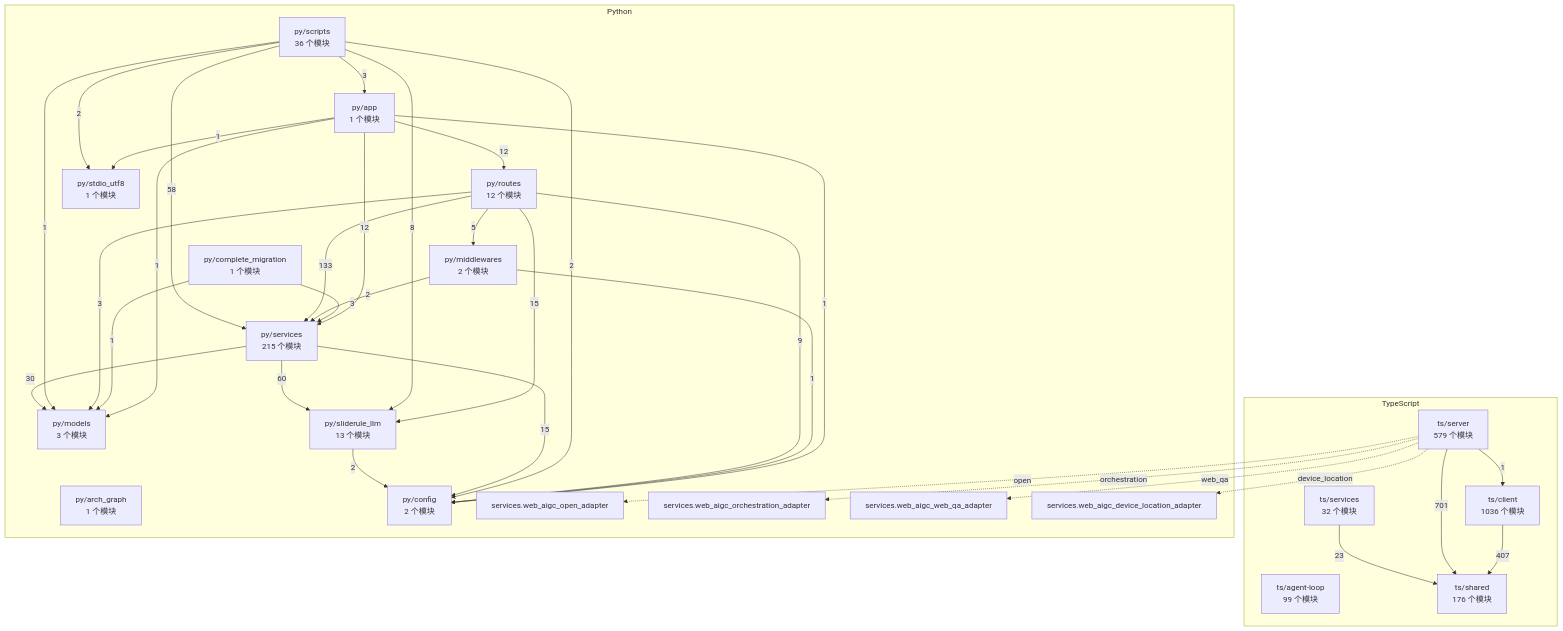
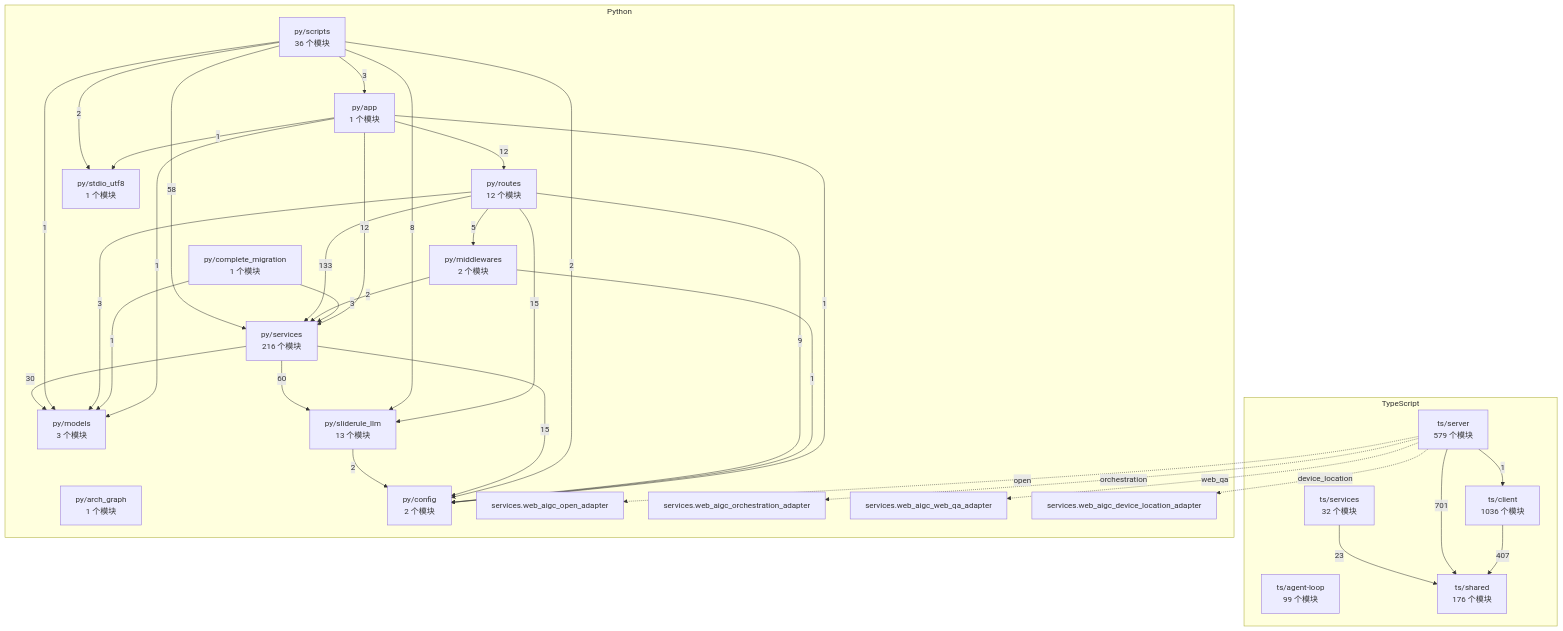
One commit to 2686521696/WhyBuddy changed the diagram in docs/WhyBuddy 全仓架构图（自动生成）.md. Above: the diagram before and after it, drawn with Mermaid. The commit also changed 7 other files, not shown here.

````diff
--- a/docs/WhyBuddy 全仓架构图（自动生成）.md
+++ b/docs/WhyBuddy 全仓架构图（自动生成）.md
@@ -14,59 +14,59 @@
 ```mermaid
 flowchart TB
   subgraph ts [TypeScript]
     ts_agent_loop["ts/agent-loop<br/>99 个模块"]
     ts_client["ts/client<br/>1036 个模块"]
     ts_server["ts/server<br/>579 个模块"]
     ts_services["ts/services<br/>32 个模块"]
     ts_shared["ts/shared<br/>176 个模块"]
   end
   subgraph py [Python]
     py_app["py/app<br/>1 个模块"]
     py_arch_graph["py/arch_graph<br/>1 个模块"]
     py_complete_migration["py/complete_migration<br/>1 个模块"]
     py_config["py/config<br/>2 个模块"]
     py_middlewares["py/middlewares<br/>2 个模块"]
     py_models["py/models<br/>3 个模块"]
     py_routes["py/routes<br/>12 个模块"]
     py_scripts["py/scripts<br/>36 个模块"]
-    py_services["py/services<br/>215 个模块"]
+    py_services["py/services<br/>216 个模块"]
     py_sliderule_llm["py/sliderule_llm<br/>13 个模块"]
     py_stdio_utf8["py/stdio_utf8<br/>1 个模块"]
     py_services_web_aigc_open_adapter["services.web_aigc_open_adapter"]
     py_services_web_aigc_orchestration_adapter["services.web_aigc_orchestration_adapter"]
     py_services_web_aigc_web_qa_adapter["services.web_aigc_web_qa_adapter"]
     py_services_web_aigc_device_location_adapter["services.web_aigc_device_location_adapter"]
   end
   ts_client -->|407| ts_shared
   ts_server -->|1| ts_client
   ts_server -->|701| ts_shared
   ts_services -->|23| ts_shared
   py_app -->|1| py_config
   py_app -->|1| py_models
   py_app -->|12| py_routes
   py_app -->|12| py_services
   py_app -->|1| py_stdio_utf8
   py_complete_migration -->|1| py_models
   py_complete_migration -->|3| py_services
   py_middlewares -->|1| py_config
   py_middlewares -->|2| py_services
   py_routes -->|9| py_config
   py_routes -->|5| py_middlewares
   py_routes -->|3| py_models
   py_routes -->|133| py_services
   py_routes -->|15| py_sliderule_llm
   py_scripts -->|3| py_app
   py_scripts -->|2| py_config
   py_scripts -->|1| py_models
   py_scripts -->|58| py_services
   py_scripts -->|8| py_sliderule_llm
   py_scripts -->|2| py_stdio_utf8
   py_services -->|15| py_config
   py_services -->|30| py_models
   py_services -->|60| py_sliderule_llm
   py_sliderule_llm -->|2| py_config
   ts_server -.->|open| py_services_web_aigc_open_adapter
   ts_server -.->|orchestration| py_services_web_aigc_orchestration_adapter
   ts_server -.->|web_qa| py_services_web_aigc_web_qa_adapter
   ts_server -.->|device_location| py_services_web_aigc_device_location_adapter
 ```
````
